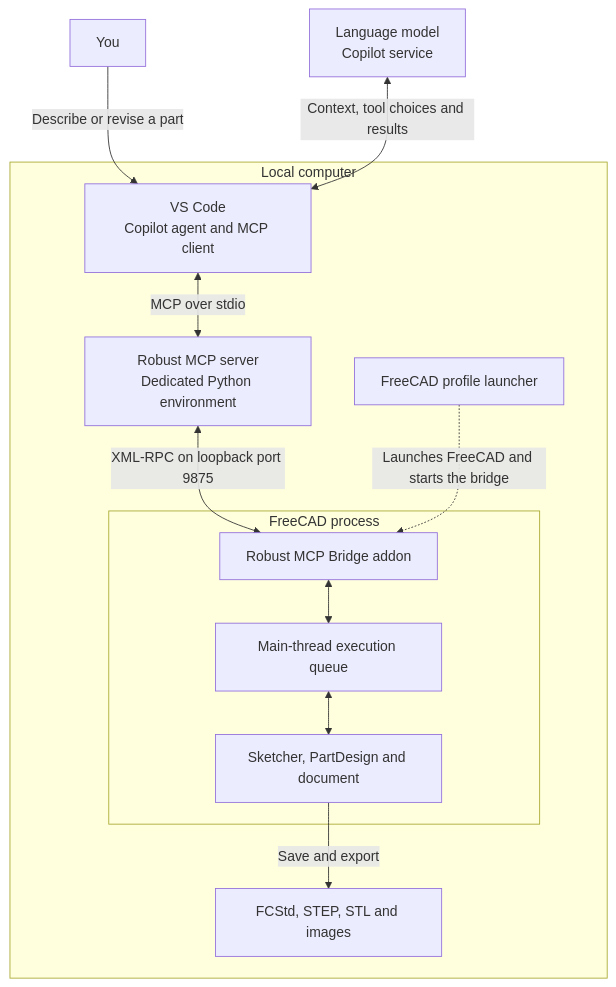
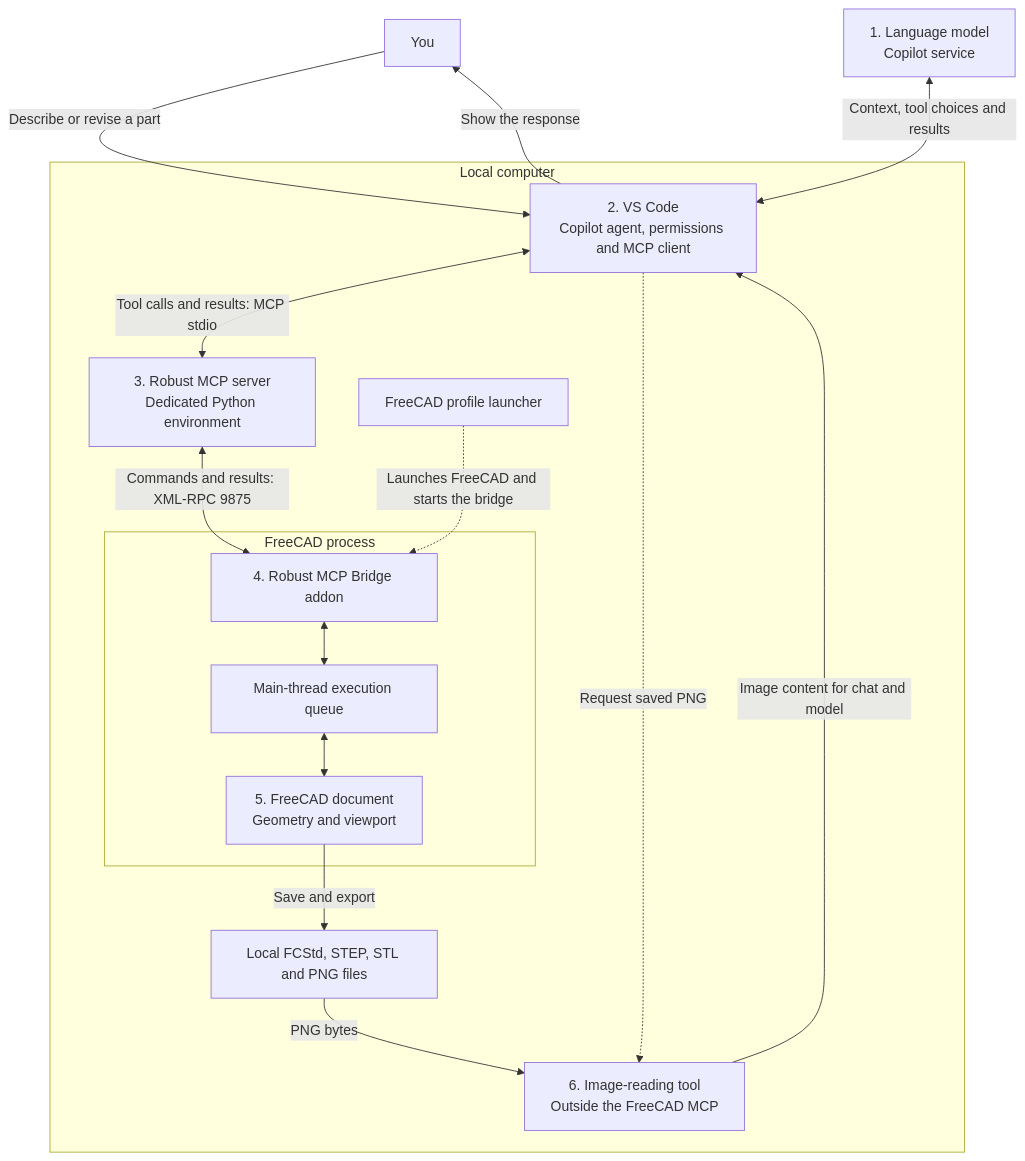
One commit to faustinopalma/freecad-copilot-mcp-experiment changed the diagram in README.md. Above: the diagram before and after it, drawn with Mermaid. The commit also changed other lines of this file and 1 other file, not shown here.

Commit message:
Clarify approval checks and screenshot return paths

````diff
--- a/README.md
+++ b/README.md
@@ -21,22 +21,27 @@
 ```mermaid
 flowchart TD
     user["You"] -->|Describe or revise a part| client
-    model["Language model<br/>Copilot service"] <-->|Context, tool choices and results| client
+    model["1. Language model<br/>Copilot service"] <-->|Context, tool choices and results| client
     subgraph local["Local computer"]
-        client["VS Code<br/>Copilot agent and MCP client"]
-        server["Robust MCP server<br/>Dedicated Python environment"]
+        client["2. VS Code<br/>Copilot agent, permissions and MCP client"]
+        server["3. Robust MCP server<br/>Dedicated Python environment"]
         launcher["FreeCAD profile launcher"]
         subgraph freecad["FreeCAD process"]
-            bridge["Robust MCP Bridge addon"]
+            bridge["4. Robust MCP Bridge addon"]
             queue["Main-thread execution queue"]
-            document["Sketcher, PartDesign and document"]
+            document["5. FreeCAD document<br/>Geometry and viewport"]
         end
-        files["FCStd, STEP, STL and images"]
-        client <-->|MCP over stdio| server
-        server <-->|XML-RPC on loopback port 9875| bridge
+        files["Local FCStd, STEP, STL and PNG files"]
+        reader["6. Image-reading tool<br/>Outside the FreeCAD MCP"]
+        client <-->|Tool calls and results: MCP stdio| server
+        server <-->|Commands and results: XML-RPC 9875| bridge
         bridge <--> queue
         queue <--> document
         document -->|Save and export| files
+        client -.->|Request saved PNG| reader
+        files -->|PNG bytes| reader
+        reader -->|Image content for chat and model| client
         launcher -.->|Launches FreeCAD and starts the bridge| bridge
     end
+    client -->|Show the response| user
 ```
````
